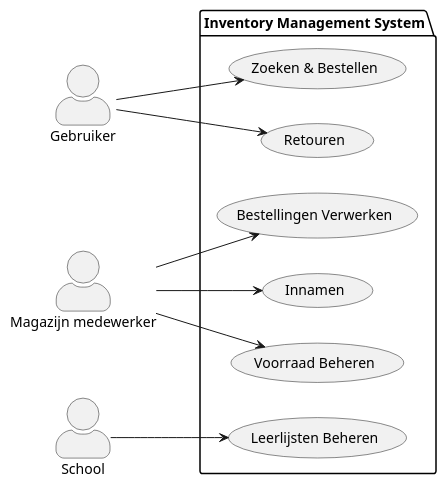
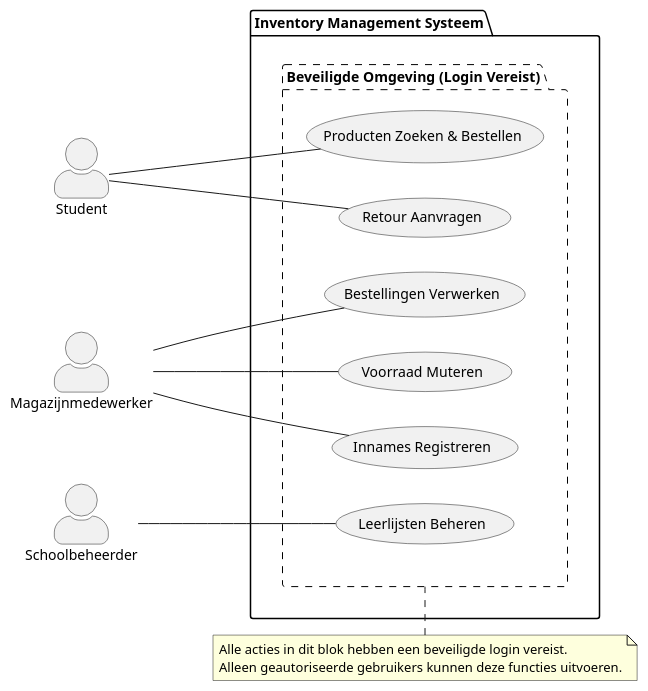
Before and after one commit to Scamspio/Scrum-3-LMS: the diagram in UML/usecase.wsd, drawn with PlantUML.

Commit message:
beveiliging staat voorop Authetication top priority

```diff
--- a/UML/usecase.wsd
+++ b/UML/usecase.wsd
@@ -1,32 +1,38 @@
 @startuml
 left to right direction
 skinparam actorstyle awesome
 
-actor "Gebruiker" as User
-actor "Magazijn medewerker" as Staff
-actor "School" as School
+actor "Student" as Student
+actor "Magazijnmedewerker" as Staff
+actor "Schoolbeheerder" as School
 
-package "Inventory Management System" {
-  
-    usecase "Zoeken & Bestellen" as Order
-    usecase "Leerlijsten Beheren" as Booklist
+package "Inventory Management Systeem" {
     
     
-    usecase "Voorraad Beheren" as Inventory
-    usecase "Bestellingen Verwerken" as Process
-    usecase "Retouren" as Returns
-    usecase "Innamen" as Intake
+    package "Beveiligde Omgeving (Login Vereist)" #line.dashed {
+        usecase "Producten Zoeken & Bestellen" as Order
+        usecase "Retour Aanvragen" as Return
+        usecase "Leerlijsten Beheren" as Booklist
+        usecase "Bestellingen Verwerken" as Process
+        usecase "Voorraad Muteren" as Inventory
+        usecase "Innames Registreren" as Intake
+    }
+}
 
 
+Student -- Order
+Student -- Return
 
-User --> Order
+School -- Booklist
 
-School --> Booklist
-
-Staff --> Inventory
-Staff --> Process
-Staff --> Intake
+Staff -- Process
+Staff -- Intake
+Staff -- Inventory
 
 
-Returns <-- User 
+note top of "Beveiligde Omgeving (Login Vereist)"
+  Alle acties in dit blok hebben een beveiligde login vereist. 
+  Alleen geautoriseerde gebruikers kunnen deze functies uitvoeren.
+end note
+
 @enduml
```
